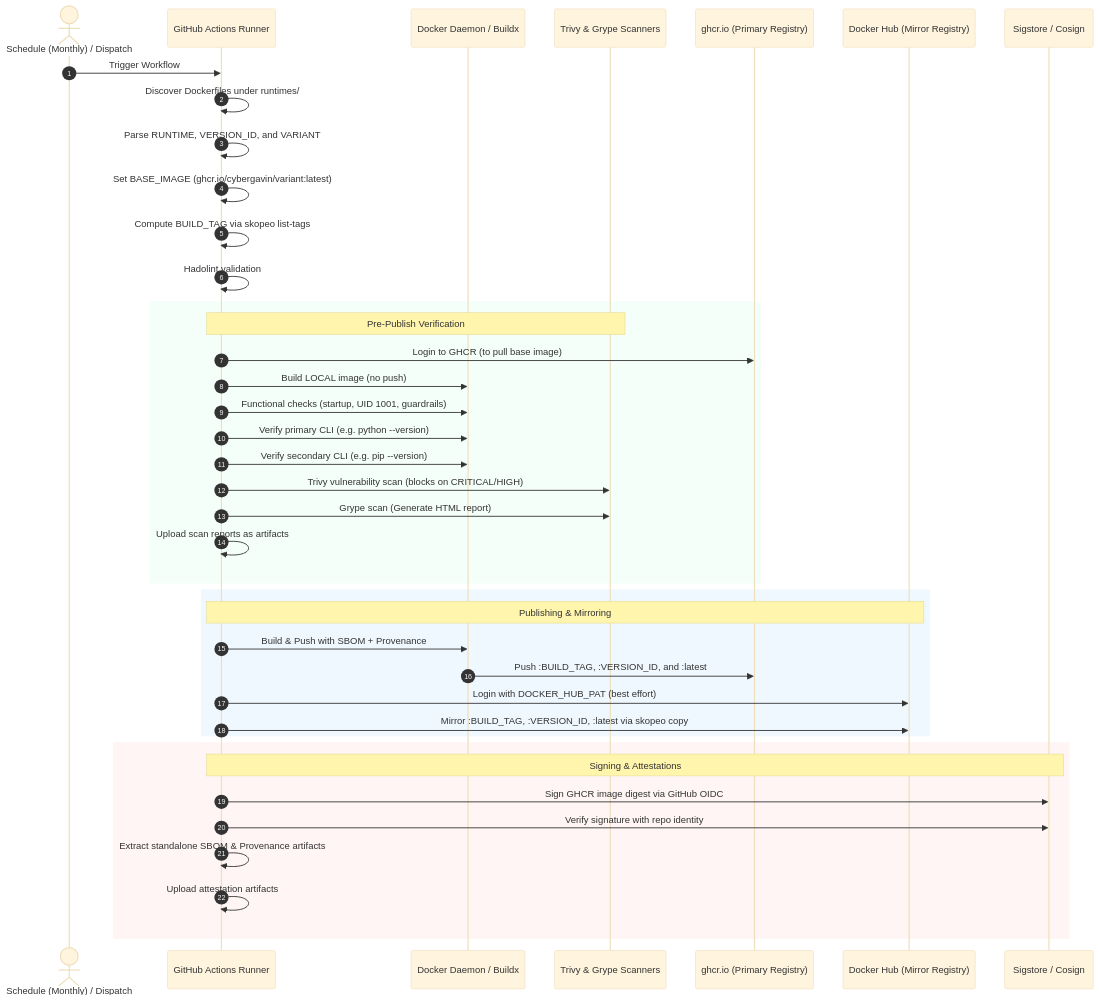
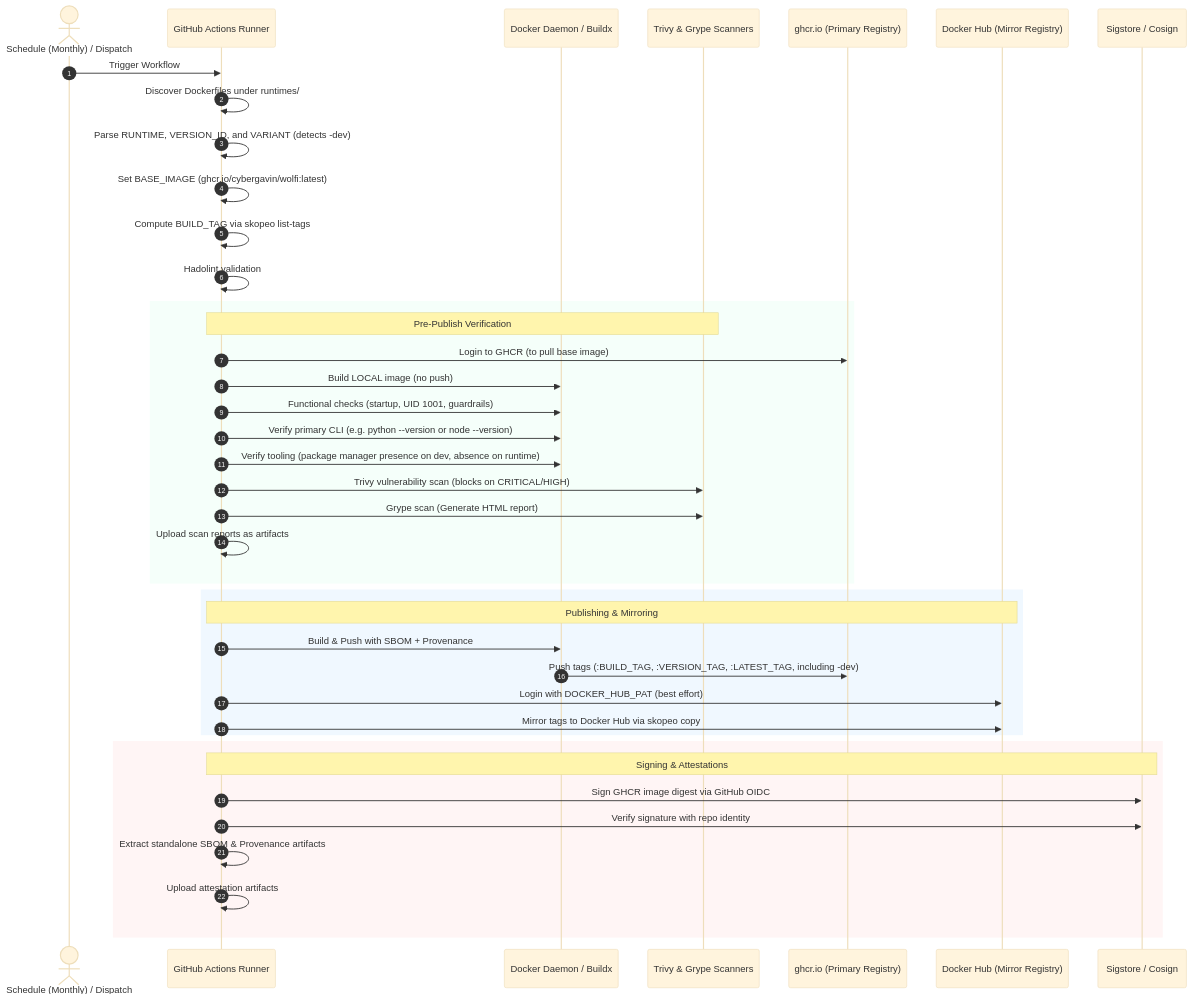
Before and after one commit to cybergavin/container-images: the third of 3 diagrams in docs/WORKFLOWS.md, drawn with Mermaid (base theme). The commit also changed other lines of this file and 7 other files, not shown here.

First line of the commit message:
feat(runtimes): harden Python 3.13 and Node 24 with dev and runtime variants

````diff
--- a/docs/WORKFLOWS.md
+++ b/docs/WORKFLOWS.md
@@ -116,46 +116,46 @@
 ```mermaid
 sequenceDiagram
     autonumber
     actor Cron as Schedule (Monthly) / Dispatch
     participant Runner as GitHub Actions Runner
     participant Docker as Docker Daemon / Buildx
     participant Sec as Trivy & Grype Scanners
     participant GHCR as ghcr.io (Primary Registry)
     participant DHub as Docker Hub (Mirror Registry)
     participant Cosign as Sigstore / Cosign
 
     Cron->>Runner: Trigger Workflow
     Runner->>Runner: Discover Dockerfiles under runtimes/
-    Runner->>Runner: Parse RUNTIME, VERSION_ID, and VARIANT
-    Runner->>Runner: Set BASE_IMAGE (ghcr.io/cybergavin/variant:latest)
+    Runner->>Runner: Parse RUNTIME, VERSION_ID, and VARIANT (detects -dev)
+    Runner->>Runner: Set BASE_IMAGE (ghcr.io/cybergavin/wolfi:latest)
     Runner->>Runner: Compute BUILD_TAG via skopeo list-tags
     Runner->>Runner: Hadolint validation
 
     rect rgb(245, 255, 250)
         Note over Runner,Sec: Pre-Publish Verification
         Runner->>GHCR: Login to GHCR (to pull base image)
         Runner->>Docker: Build LOCAL image (no push)
         Runner->>Docker: Functional checks (startup, UID 1001, guardrails)
-        Runner->>Docker: Verify primary CLI (e.g. python --version)
-        Runner->>Docker: Verify secondary CLI (e.g. pip --version)
+        Runner->>Docker: Verify primary CLI (e.g. python --version or node --version)
+        Runner->>Docker: Verify tooling (package manager presence on dev, absence on runtime)
         Runner->>Sec: Trivy vulnerability scan (blocks on CRITICAL/HIGH)
         Runner->>Sec: Grype scan (Generate HTML report)
         Runner->>Runner: Upload scan reports as artifacts
     end
 
     rect rgb(240, 248, 255)
         Note over Runner,DHub: Publishing & Mirroring
         Runner->>Docker: Build & Push with SBOM + Provenance
-        Docker->>GHCR: Push :BUILD_TAG, :VERSION_ID, and :latest
+        Docker->>GHCR: Push tags (:BUILD_TAG, :VERSION_TAG, :LATEST_TAG, including -dev)
         Runner->>DHub: Login with DOCKER_HUB_PAT (best effort)
-        Runner->>DHub: Mirror :BUILD_TAG, :VERSION_ID, :latest via skopeo copy
+        Runner->>DHub: Mirror tags to Docker Hub via skopeo copy
     end
 
     rect rgb(255, 245, 245)
         Note over Runner,Cosign: Signing & Attestations
         Runner->>Cosign: Sign GHCR image digest via GitHub OIDC
         Runner->>Cosign: Verify signature with repo identity
         Runner->>Runner: Extract standalone SBOM & Provenance artifacts
         Runner->>Runner: Upload attestation artifacts
     end
 ```
````
